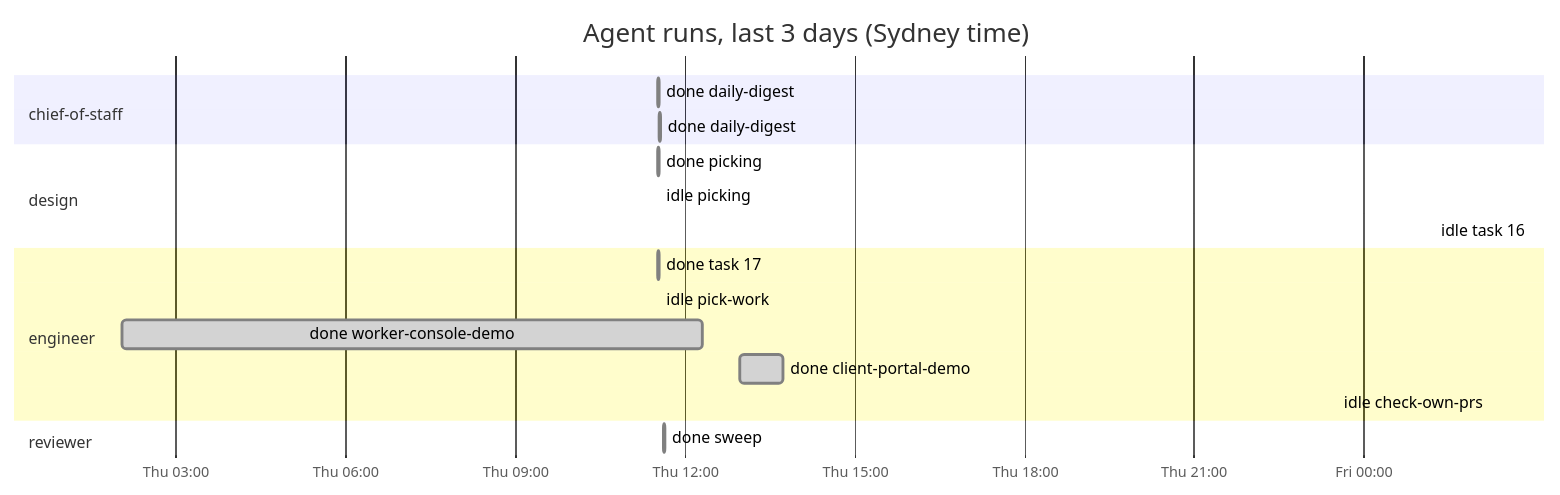
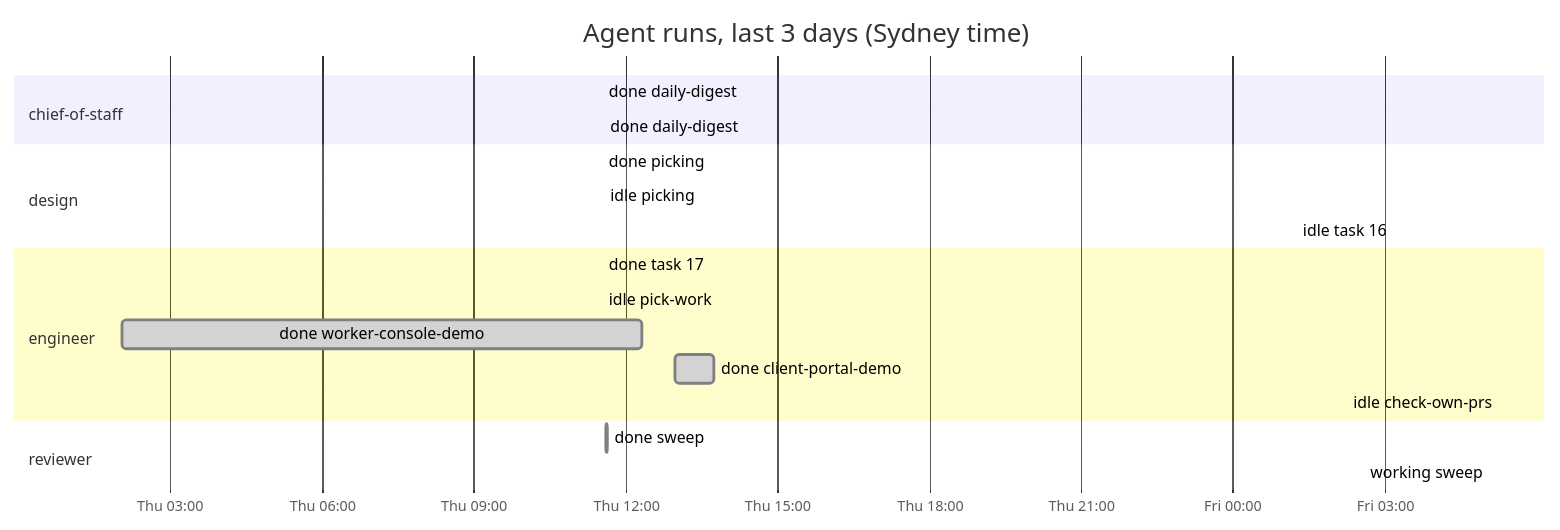
The diagram in dashboard.md (roulmediateam-byte/fifteen-expert-hq), drawn with Mermaid before and after one commit. The commit also changed other lines of this file and 1 other file, not shown here.

````diff
--- a/dashboard.md
+++ b/dashboard.md
@@ -33,21 +33,22 @@
 ```mermaid
 gantt
     title Agent runs, last 3 days (Sydney time)
     dateFormat YYYY-MM-DD HH:mm
     axisFormat %a %H:%M
     section chief-of-staff
     done daily-digest :done, 2026-11-05 11:31, 2026-11-05 11:32
     done daily-digest :done, 2026-11-05 11:33, 2026-11-05 11:34
     section design
     done picking :done, 2026-11-05 11:31, 2026-11-05 11:32
     idle picking :done, 2026-11-05 11:33, 2026-11-05 11:33
     idle task 16 :done, 2026-11-06 01:14, 2026-11-06 01:15
     section engineer
     done task 17 :done, 2026-11-05 11:31, 2026-11-05 11:32
     idle pick-work :done, 2026-11-05 11:32, 2026-11-05 11:32
     done worker-console-demo :done, 2026-11-05 02:03, 2026-11-05 12:19
     done client-portal-demo :done, 2026-11-05 12:59, 2026-11-05 13:44
     idle check-own-prs :done, 2026-11-06 02:14, 2026-11-06 02:14
     section reviewer
     done sweep :done, 2026-11-05 11:37, 2026-11-05 11:39
+    working sweep :active, 2026-11-06 05:05, 2026-11-06 05:05
 ```
````
